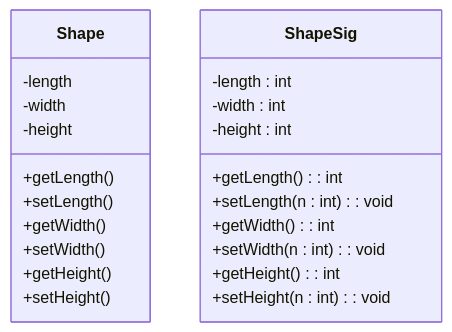
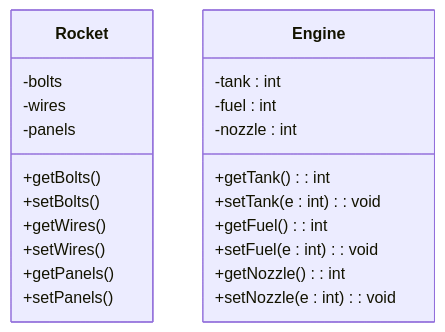
Before and after one commit to Aimie-McElroy/CSC102Fall2022-Week-1-2Tags: the diagram in classesV1.md, drawn with Mermaid.

````diff
--- a/classesV1.md
+++ b/classesV1.md
@@ -5,28 +5,29 @@
 ```mermaid
     classDiagram
-    class Shape{
-        -length
-        -width
-        -height
-        +getLength()
-        +setLength()
-        +getWidth()
-        +setWidth()
-        +getHeight()
-        +setHeight()
+   
+    class Rocket{
+            -bolts
+            -wires
+            -panels 
+            +getBolts()
+            +setBolts()
+            +getWires()
+            +setWires()
+            +getPanels()
+            +setPanels()
     }
 
-    class ShapeSig{
-        -length : int
-        -width : int
-        -height : int
-        +getLength() : int
-        +setLength(n : int) : void
-        +getWidth() : int
-        +setWidth(n : int) : void
-        +getHeight() : int
-        +setHeight(n : int) : void
-
+    class Engine{
+            -tank : int
+            -fuel : int
+            -nozzle : int
+            +getTank() : int
+            +setTank(e : int) : void
+            +getFuel() : int
+            +setFuel(e : int) : void
+            +getNozzle() : int
+            +setNozzle(e : int) : void
     }
 
+
 ```
````
